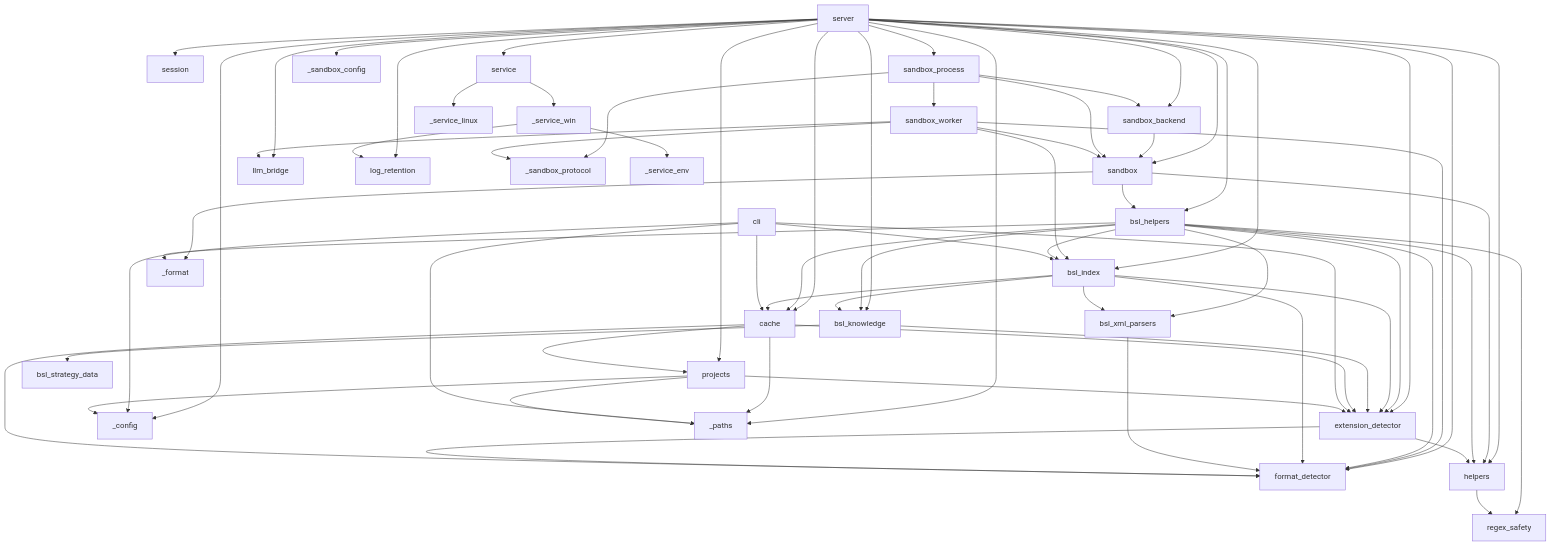
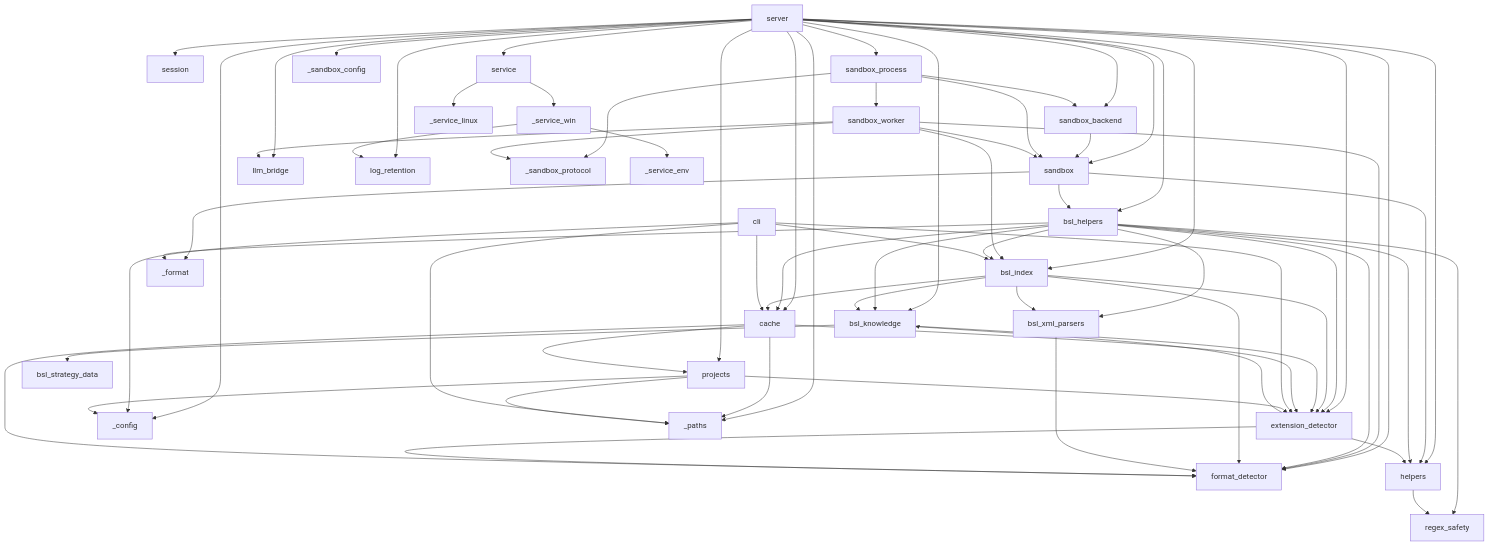
One commit to Dach-Coin/rlm-tools-bsl changed the diagram in docs/MODULE_MAP.md. Above: the diagram before and after it, drawn with Mermaid. The commit also changed other lines of this file and 34 other files, not shown here.

```diff
--- a/docs/MODULE_MAP.md
+++ b/docs/MODULE_MAP.md
@@ -141,6 +143,7 @@
     cache --> projects
     cache --> _paths
 
+    extension_detector --> bsl_knowledge
     extension_detector --> format_detector
     extension_detector --> helpers
 
```
